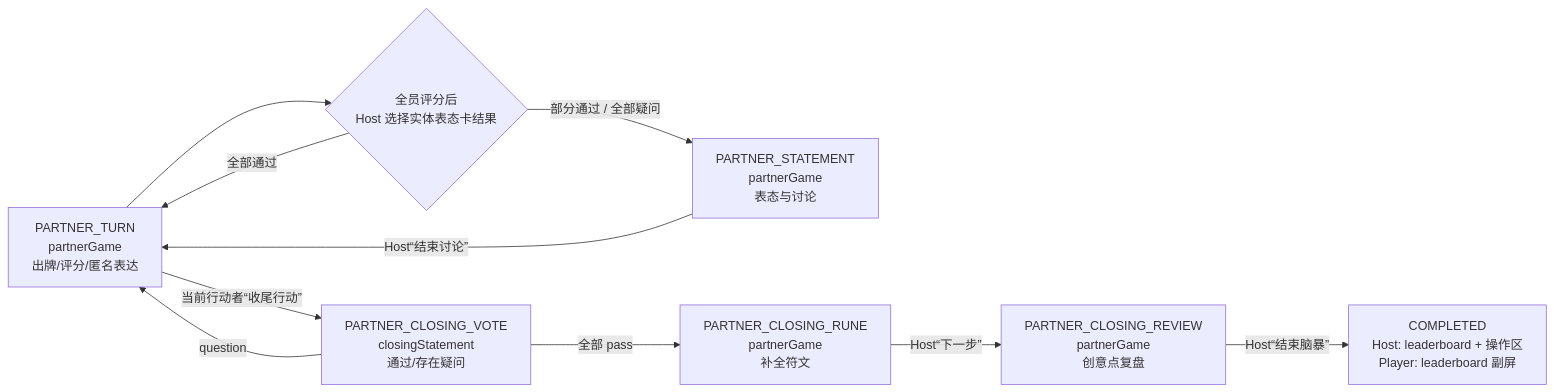
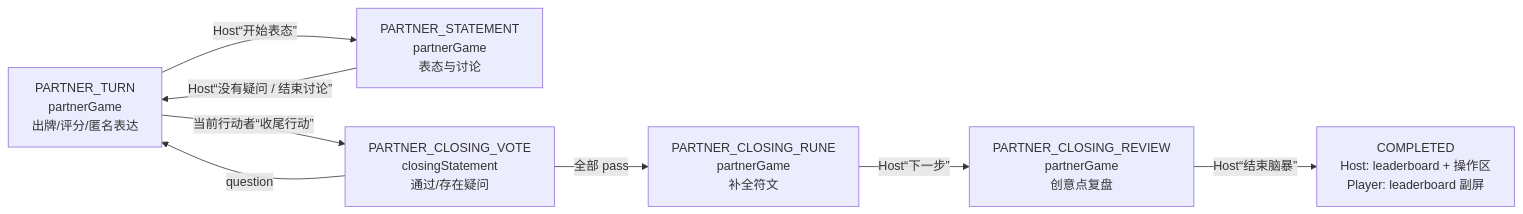
The tenth of 18 diagrams in docs/ROOM_BUSINESS_FLOWS.md (Bubble-419/cardboard-miniprogram), drawn with Mermaid before and after one commit. The commit also changed other lines of this file and 15 other files, not shown here.

````diff
--- a/docs/ROOM_BUSINESS_FLOWS.md
+++ b/docs/ROOM_BUSINESS_FLOWS.md
@@ -340,19 +340,17 @@
 ```mermaid
 flowchart LR
   TURN[PARTNER_TURN<br/>partnerGame<br/>出牌/评分/匿名表达]
   STATEMENT[PARTNER_STATEMENT<br/>partnerGame<br/>表态与讨论]
   VOTE[PARTNER_CLOSING_VOTE<br/>closingStatement<br/>通过/存在疑问]
   RUNE[PARTNER_CLOSING_RUNE<br/>partnerGame<br/>补全符文]
   REVIEW[PARTNER_CLOSING_REVIEW<br/>partnerGame<br/>创意点复盘]
   BOARD[COMPLETED<br/>Host: leaderboard + 操作区<br/>Player: leaderboard 副屏]
 
-  TURN --> PICK{全员评分后<br/>Host 选择实体表态卡结果}
-  PICK -->|全部通过| TURN
-  PICK -->|部分通过 / 全部疑问| STATEMENT
-  STATEMENT -->|Host“结束讨论”| TURN
+  TURN -->|Host“开始表态”| STATEMENT
+  STATEMENT -->|Host“没有疑问 / 结束讨论”| TURN
   TURN -->|当前行动者“收尾行动”| VOTE
   VOTE -->|question| TURN
   VOTE -->|全部 pass| RUNE
   RUNE -->|Host“下一步”| REVIEW
   REVIEW -->|Host“结束脑暴”| BOARD
 ```
````
